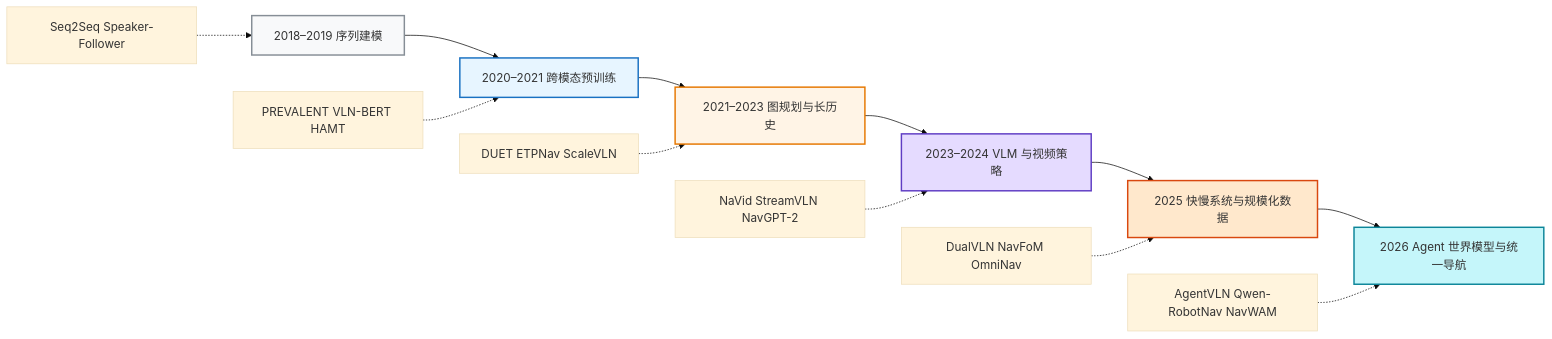
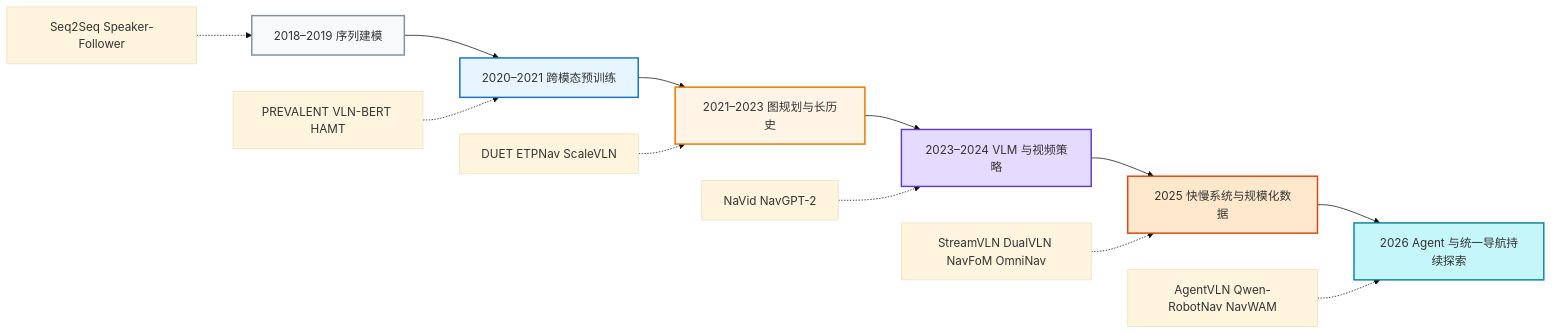
The third of 13 diagrams in _posts/research/2026-01-04-VLN-Survey.md (TingdeLiu/tingdeliu.github.io), drawn with Mermaid (base theme) before and after one commit. The commit also changed other lines of this file and 1 other file, not shown here.

First line of the commit message:
docs(research): restructure VLN-Survey with verified data and restored walkthroughs

````diff
--- a/_posts/research/2026-01-04-VLN-Survey.md
+++ b/_posts/research/2026-01-04-VLN-Survey.md
@@ -161,22 +173,22 @@
 ```mermaid
 flowchart LR
     A["2018–2019 序列建模"] --> B["2020–2021 跨模态预训练"]
     B --> C["2021–2023 图规划与长历史"]
     C --> D["2023–2024 VLM 与视频策略"]
     D --> E["2025 快慢系统与规模化数据"]
-    E --> F["2026 Agent 世界模型与统一导航"]
+    E --> F["2026 Agent 与统一导航持续探索"]
 
     A1["Seq2Seq Speaker-Follower"] -.-> A
     B1["PREVALENT VLN-BERT HAMT"] -.-> B
     C1["DUET ETPNav ScaleVLN"] -.-> C
-    D1["NaVid StreamVLN NavGPT-2"] -.-> D
-    E1["DualVLN NavFoM OmniNav"] -.-> E
+    D1["NaVid NavGPT-2"] -.-> D
+    E1["StreamVLN DualVLN NavFoM OmniNav"] -.-> E
     F1["AgentVLN Qwen-RobotNav NavWAM"] -.-> F
 
     style A fill:#f8f9fa,stroke:#868e96,stroke-width:2px
     style B fill:#e7f5ff,stroke:#1971c2,stroke-width:2px
     style C fill:#fff4e6,stroke:#e67700,stroke-width:2px
     style D fill:#e5dbff,stroke:#5f3dc4,stroke-width:2px
     style E fill:#ffe8cc,stroke:#d9480f,stroke-width:2px
     style F fill:#c5f6fa,stroke:#0c8599,stroke-width:2px
 ```
````
